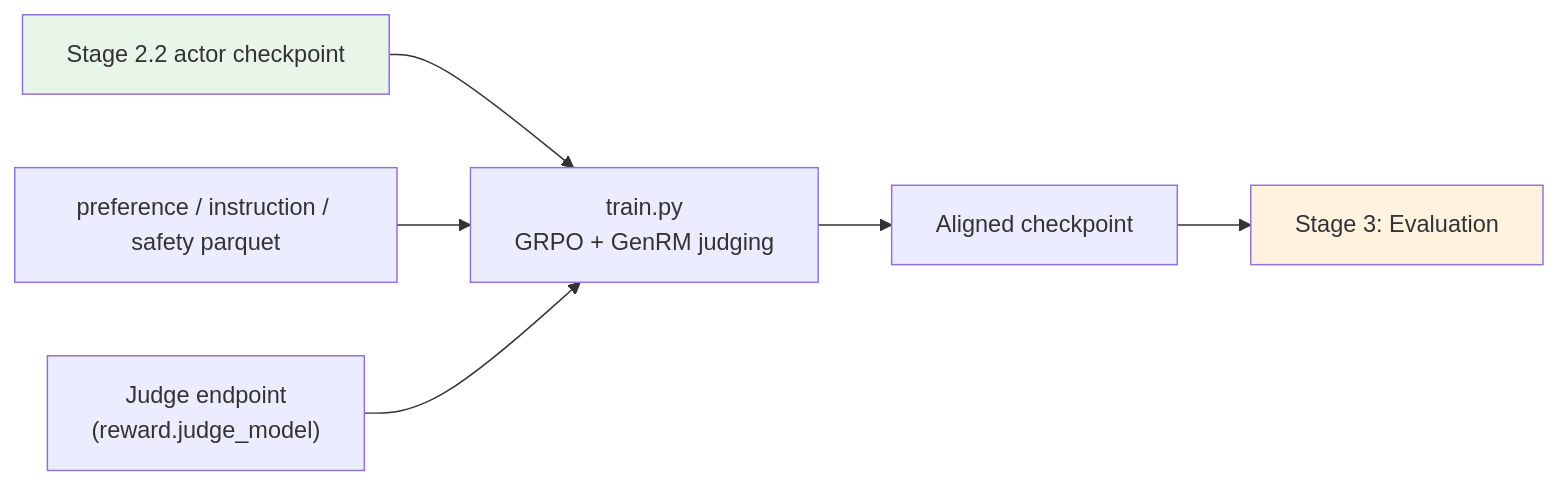
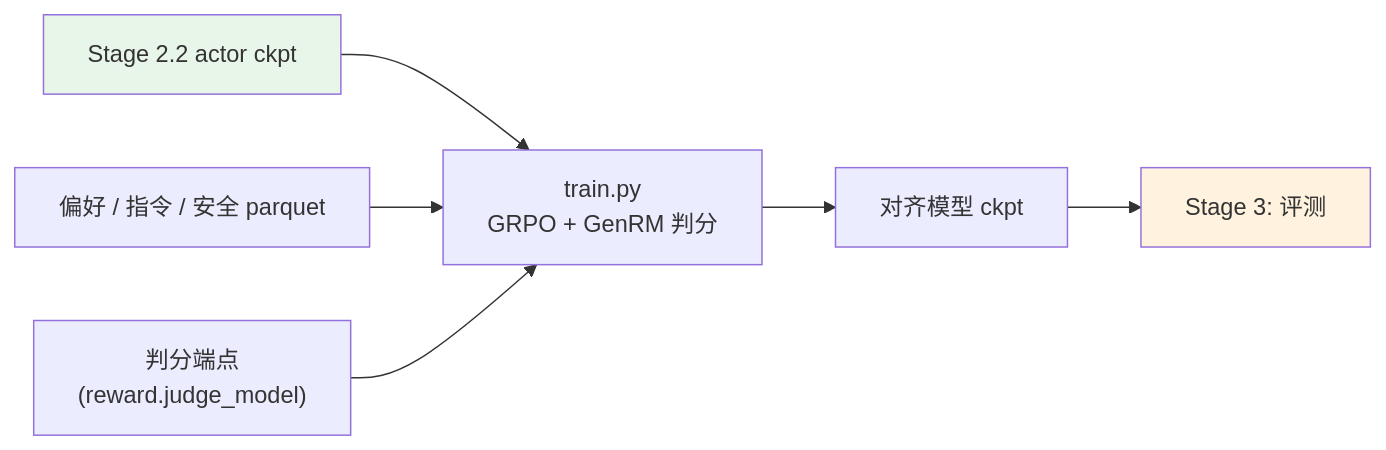
One commit to zongzhilou/shensi changed the diagram in src/shensi/recipes/shensi/stage2_rl/stage3_align/README.md. Above: the diagram before and after it, drawn with Mermaid. The commit also changed other lines of this file and 13 other files, not shown here.

````diff
--- a/src/shensi/recipes/shensi/stage2_rl/stage3_align/README.md
+++ b/src/shensi/recipes/shensi/stage2_rl/stage3_align/README.md
@@ -50,10 +51,9 @@
 ```mermaid
 flowchart LR
-    prev["Stage 2.2 actor checkpoint"] --> tr["train.py<br/>GRPO + GenRM judging"]
-    d["preference / instruction / safety parquet"] --> tr
-    judge["Judge endpoint<br/>(reward.judge_model)"] --> tr
-    tr --> ckpt["Aligned checkpoint"] --> next["Stage 3: Evaluation"]
-
+    prev["Stage 2.2 actor ckpt"] --> tr["train.py<br/>GRPO + GenRM 判分"]
+    d["偏好 / 指令 / 安全 parquet"] --> tr
+    judge["判分端点<br/>(reward.judge_model)"] --> tr
+    tr --> ckpt["对齐模型 ckpt"] --> next["Stage 3: 评测"]
     style prev fill:#e8f5e9
     style next fill:#fff3e0
 ```
````
